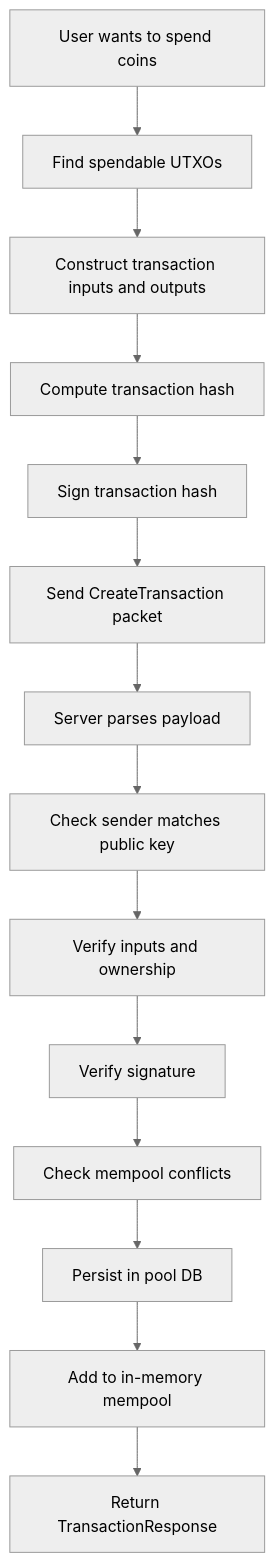
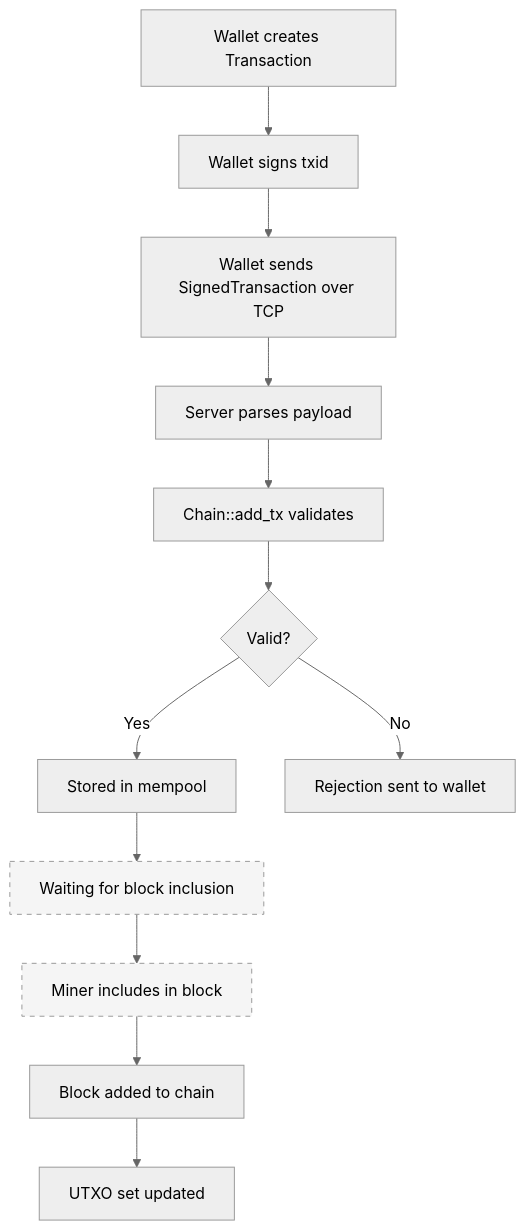
Before and after one commit to shaikali-c/a_blockchain: the first of 2 diagrams in docs/transaction_lifecycle.md, drawn with Mermaid (neutral theme). The commit also changed other lines of this file and 58 other files, not shown here.

````diff
--- a/docs/transaction_lifecycle.md
+++ b/docs/transaction_lifecycle.md
@@ -15,16 +8,16 @@
 ```mermaid
-flowchart TD
-    A[User wants to spend coins] --> B[Find spendable UTXOs]
-    B --> C[Construct transaction inputs and outputs]
-    C --> D[Compute transaction hash]
-    D --> E[Sign transaction hash]
-    E --> F[Send CreateTransaction packet]
-    F --> G[Server parses payload]
-    G --> H[Check sender matches public key]
-    H --> I[Verify inputs and ownership]
-    I --> J[Verify signature]
-    J --> K[Check mempool conflicts]
-    K --> L[Persist in pool DB]
-    L --> M[Add to in-memory mempool]
-    M --> N[Return TransactionResponse]
+graph TD
+    A[Wallet creates Transaction] --> B[Wallet signs txid]
+    B --> C[Wallet sends SignedTransaction over TCP]
+    C --> D[Server parses payload]
+    D --> E[Chain::add_tx validates]
+    E --> F{Valid?}
+    F -->|Yes| G[Stored in mempool]
+    F -->|No| H[Rejection sent to wallet]
+    G --> I[Waiting for block inclusion]:::future
+    I --> J[Miner includes in block]:::future
+    J --> K[Block added to chain]
+    K --> L[UTXO set updated]
+
+    classDef future fill:#f5f5f5,stroke:#999,stroke-dasharray: 5 5
 ```
````
